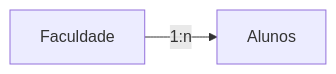
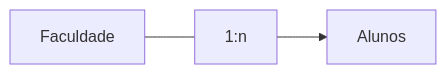
One commit to smmstakes/2024.1 changed the second of 3 diagrams in SBD1/Princípios de Cardinalidade.md. Above: the diagram before and after it, drawn with Mermaid. The commit also changed other lines of this file and 17 other files, not shown here.

````diff
--- a/SBD1/Princípios de Cardinalidade.md
+++ b/SBD1/Princípios de Cardinalidade.md
@@ -24,4 +24,4 @@
 ```mermaid
 graph LR
-A[Faculdade] -- 1:n --> B[Alunos]
+A[Faculdade] --- 1:n --> B[Alunos]
 ```
````
